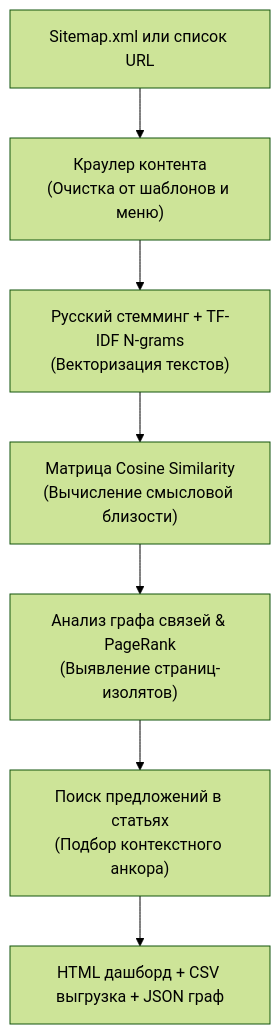
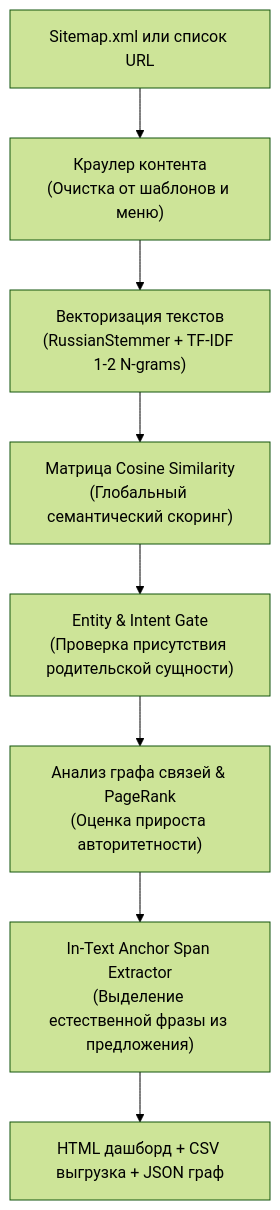
One commit to aristovyura23123-commits/antigravity-vector-linker changed the diagram in README.md. Above: the diagram before and after it, drawn with Mermaid (forest theme). The commit also changed other lines of this file and 5 other files, not shown here.

Commit message:
feat(v2.0): implement Entity Intent Gating and in-text anchor span extraction

````diff
--- a/README.md
+++ b/README.md
@@ -24,9 +26,10 @@
 ```mermaid
 flowchart TD
     A["Sitemap.xml или список URL"] --> B["Краулер контента<br/>(Очистка от шаблонов и меню)"]
-    B --> C["Русский стемминг + TF-IDF N-grams<br/>(Векторизация текстов)"]
-    C --> D["Матрица Cosine Similarity<br/>(Вычисление смысловой близости)"]
-    D --> E["Анализ графа связей & PageRank<br/>(Выявление страниц-изолятов)"]
-    E --> F["Поиск предложений в статьях<br/>(Подбор контекстного анкора)"]
-    F --> G["HTML дашборд + CSV выгрузка + JSON граф"]
+    B --> C["Векторизация текстов<br/>(RussianStemmer + TF-IDF 1-2 N-grams)"]
+    C --> D["Матрица Cosine Similarity<br/>(Глобальный семантический скоринг)"]
+    D --> E["Entity & Intent Gate<br/>(Проверка присутствия родительской сущности)"]
+    E --> F["Анализ графа связей & PageRank<br/>(Оценка прироста авторитетности)"]
+    F --> G["In-Text Anchor Span Extractor<br/>(Выделение естественной фразы из предложения)"]
+    G --> H["HTML дашборд + CSV выгрузка + JSON граф"]
 ```
````
